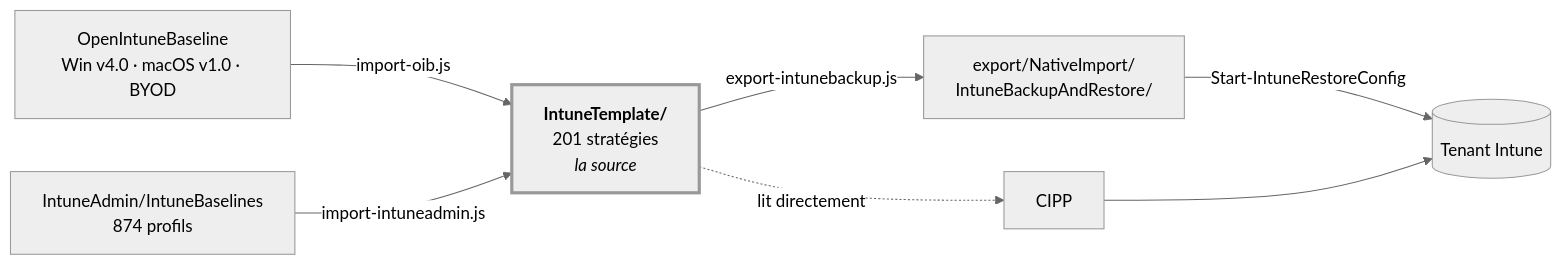
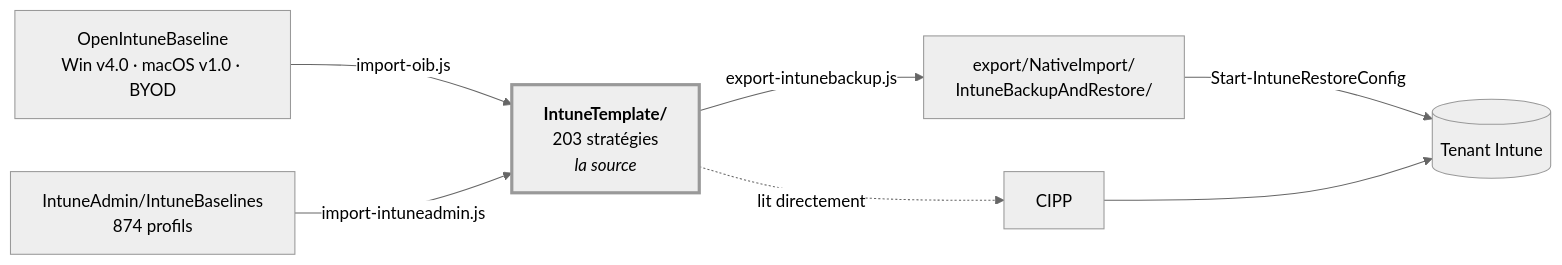
Before and after one commit to sjkanon/IntuneBackup: the diagram in README.fr.md, drawn with Mermaid (neutral theme). The commit also changed other lines of this file and 51 other files, not shown here.

````diff
--- a/README.fr.md
+++ b/README.fr.md
@@ -20,17 +20,17 @@
 ```mermaid
 flowchart LR
   OIB["OpenIntuneBaseline<br/>Win v4.0 · macOS v1.0 · BYOD"]
-  T["<b>IntuneTemplate/</b><br/>201 stratégies<br/><i>la source</i>"]
+  T["<b>IntuneTemplate/</b><br/>203 stratégies<br/><i>la source</i>"]
   EX["export/NativeImport/<br/>IntuneBackupAndRestore/"]
   TENANT[("Tenant Intune")]
 
   OIB -->|import-oib.js| T
   T -->|export-intunebackup.js| EX
   T -.->|lit directement| CIPP[CIPP]
   EX -->|Start-IntuneRestoreConfig| TENANT
   CIPP --> TENANT
 
   IA["IntuneAdmin/IntuneBaselines<br/>874 profils"] -->|import-intuneadmin.js| T
 
   style T stroke-width:3px
 ```
````
